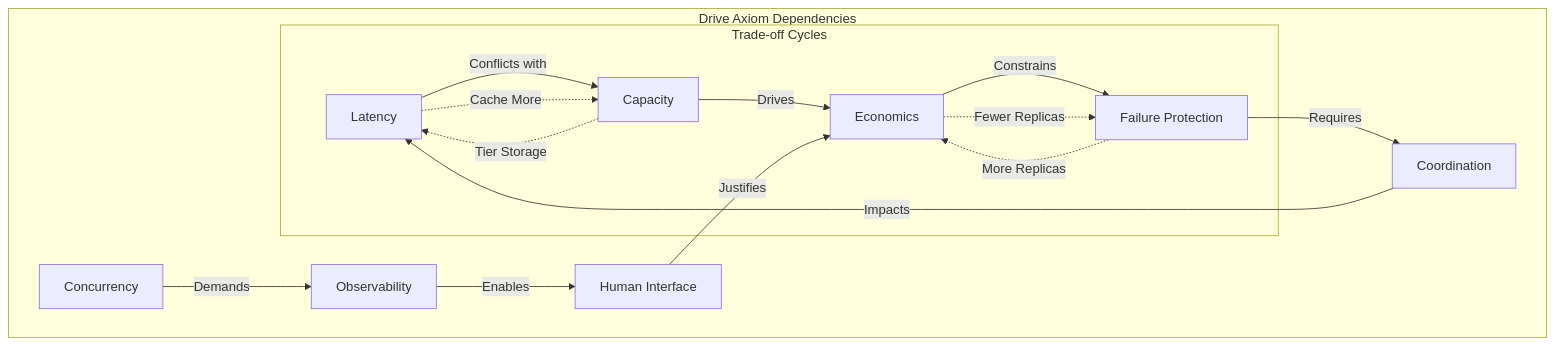
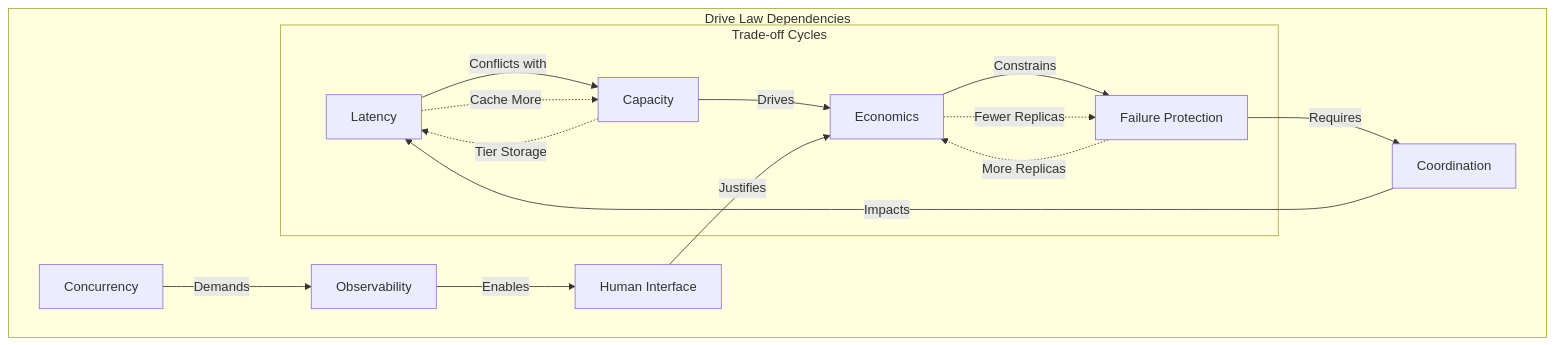
Before and after one commit to deepaucksharma/DStudio: diagram 14 of 28 in docs/case-studies/google-drive.md, drawn with Mermaid. The commit also changed other lines of this file and 103 other files, not shown here.

````diff
--- a/docs/case-studies/google-drive.md
+++ b/docs/case-studies/google-drive.md
@@ -362,22 +362,22 @@
 ```mermaid
 graph TB
-    subgraph "Drive Axiom Dependencies"
+    subgraph "Drive Law Dependencies"
         L[Latency] -->|Conflicts with| CAP[Capacity]
         CAP -->|Drives| E[Economics]
         E -->|Constrains| F[Failure Protection]
         
         F -->|Requires| COORD[Coordination]
         COORD -->|Impacts| L
         
         CONC[Concurrency] -->|Demands| O[Observability]
         O -->|Enables| H[Human Interface]
         H -->|Justifies| E
         
         subgraph "Trade-off Cycles"
             L -.->|Cache More| CAP
             CAP -.->|Tier Storage| L
             F -.->|More Replicas| E
             E -.->|Fewer Replicas| F
         end
     end
 ```
````
